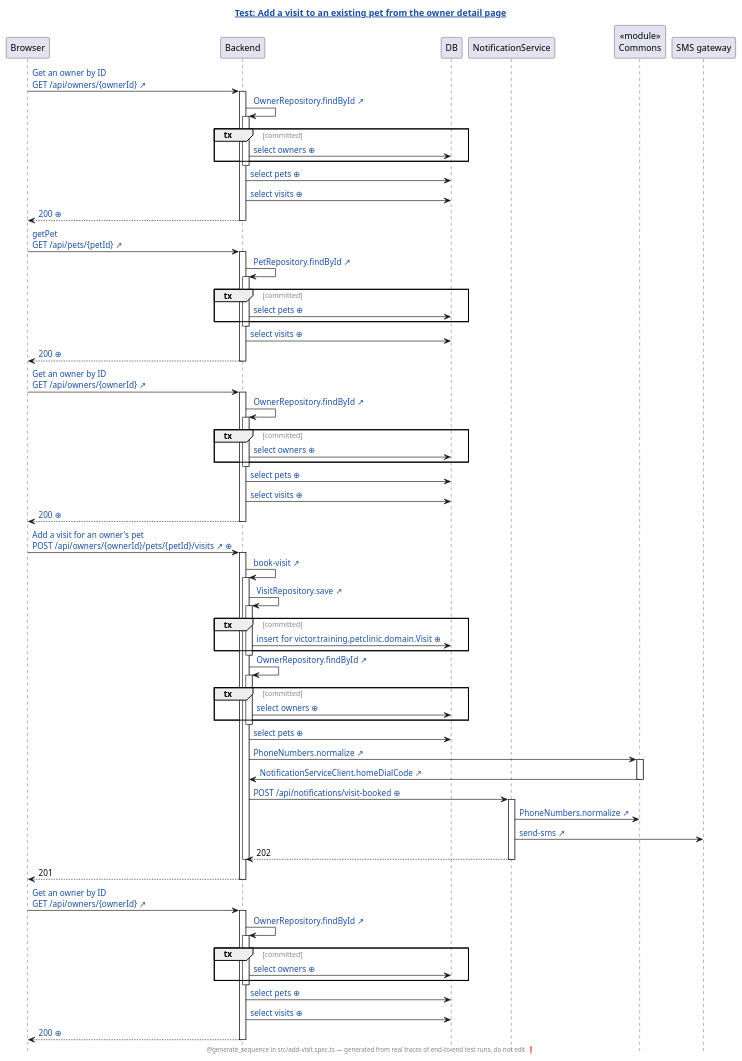
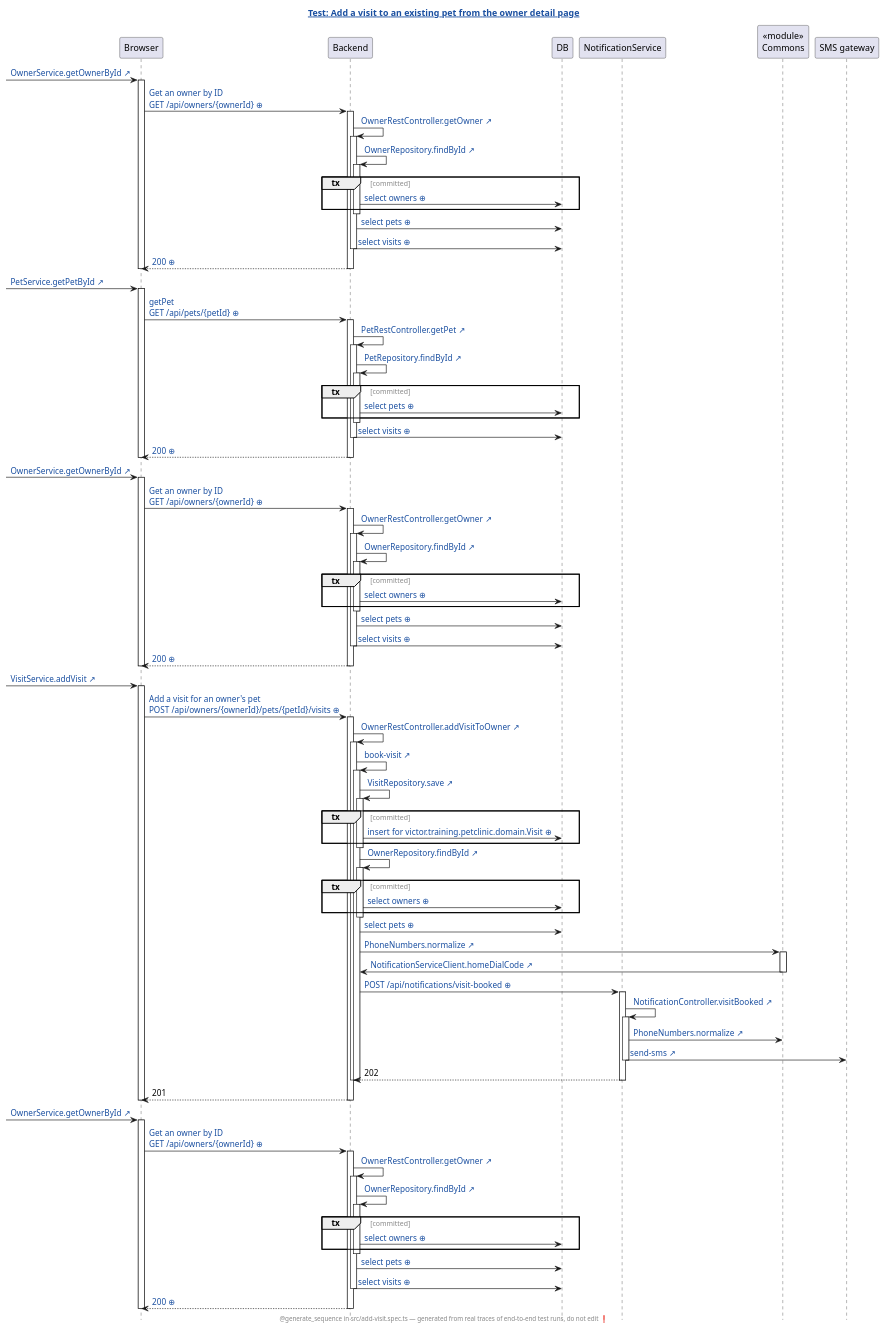
Before and after one commit to victorrentea/petclinic: the diagram in petclinic-test/generated/add-visit.spec.ts.add-a-visit-to-an-existing-pet-from-the-owner-detail-page.genseq.puml, drawn with PlantUML. The commit also changed 3 other files, not shown here.

First line of the commit message:
Regenerate the browser sequence diagrams: the Angular method a request starts in, the request as sent, its controller as a call

```diff
--- a/petclinic-test/generated/add-visit.spec.ts.add-a-visit-to-an-existing-pet-from-the-owner-detail-page.genseq.puml
+++ b/petclinic-test/generated/add-visit.spec.ts.add-a-visit-to-an-existing-pet-from-the-owner-detail-page.genseq.puml
@@ -1,93 +1,126 @@
 @startuml
 ' ⚠️  GENERATED FILE — DO NOT EDIT. Every edit is lost on the next run.
 hide footbox
 skinparam hyperlinkUnderline false
 skinparam hyperlinkColor #1A4FA0
 skinparam sequenceGroupFontColor #888888
 skinparam sequenceGroupFontStyle plain
 title [[src://petclinic-test/src/add-visit.spec.ts:34{Click to open the test} Test: Add a visit to an existing pet from the owner detail page]]
 footer @generate_sequence in src/add-visit.spec.ts — generated from real traces of end-to-end test runs, do not edit ❗
 participant Browser
 participant Backend
 participant DB
 participant NotificationService
 participant "«module»\nCommons" as Commons
 participant "SMS gateway"
-Browser -> Backend: [[src://petclinic-frontend/src/app/owners/owner-detail/owner-detail.component.ts:22{Click to open the line that sent this request: owner-detail.component.ts:22} Get an owner by ID\nGET /api/owners/{ownerId} ↗]]
+[-> Browser: [[src://petclinic-frontend/src/app/owners/owner-detail/owner-detail.component.ts:22{Click to open the line that sent this request: owner-detail.component.ts:22} OwnerService.getOwnerById ↗]]
+activate Browser
+Browser -> Backend: [[genseq://06lchgi{Click for the request as it was sent} Get an owner by ID\nGET /api/owners/{ownerId} ⊕]]
+activate Backend
+Backend -> Backend: [[src://petclinic-backend/src/main/java/victor/training/petclinic/rest/OwnerRestController.java:103{Click to open OwnerRestController.getOwner} OwnerRestController.getOwner ↗]]
 activate Backend
 Backend -> Backend: [[src://petclinic-backend/src/main/java/victor/training/petclinic/repository/OwnerRepository.java:14{Click to open OwnerRepository.findById} OwnerRepository.findById ↗]]
 activate Backend
 group tx [committed]
 Backend -> DB: [[genseq://0x8aana{Click for the statement behind this call} select owners ⊕]]
 end
 deactivate Backend
 Backend -> DB: [[genseq://18567ho{Click for the statement behind this call} select pets ⊕]]
 Backend -> DB: [[genseq://13apewa{Click for the statement behind this call} select visits ⊕]]
+deactivate Backend
 Backend --> Browser: [[genseq://0zavcxa{Click for this call’s JSON body} 200 ⊕]]
 deactivate Backend
-Browser -> Backend: [[src://petclinic-frontend/src/app/visits/visit-add/visit-add.component.ts:42{Click to open the line that sent this request: visit-add.component.ts:42} getPet\nGET /api/pets/{petId} ↗]]
+deactivate Browser
+[-> Browser: [[src://petclinic-frontend/src/app/visits/visit-add/visit-add.component.ts:42{Click to open the line that sent this request: visit-add.component.ts:42} PetService.getPetById ↗]]
+activate Browser
+Browser -> Backend: [[genseq://17x7zoe{Click for the request as it was sent} getPet\nGET /api/pets/{petId} ⊕]]
+activate Backend
+Backend -> Backend: [[src://petclinic-backend/src/main/java/victor/training/petclinic/rest/PetRestController.java:33{Click to open PetRestController.getPet} PetRestController.getPet ↗]]
 activate Backend
 Backend -> Backend: [[src://petclinic-backend/src/main/java/victor/training/petclinic/repository/PetRepository.java:16{Click to open PetRepository.findById} PetRepository.findById ↗]]
 activate Backend
 group tx [committed]
 Backend -> DB: [[genseq://0y7w2ps{Click for the statement behind this call} select pets ⊕]]
 end
 deactivate Backend
 Backend -> DB: [[genseq://13apewa{Click for the statement behind this call} select visits ⊕]]
+deactivate Backend
 Backend --> Browser: [[genseq://01mmlgx{Click for this call’s JSON body} 200 ⊕]]
 deactivate Backend
-Browser -> Backend: [[src://petclinic-frontend/src/app/visits/visit-add/visit-add.component.ts:47{Click to open the line that sent this request: visit-add.component.ts:47} Get an owner by ID\nGET /api/owners/{ownerId} ↗]]
+deactivate Browser
+[-> Browser: [[src://petclinic-frontend/src/app/visits/visit-add/visit-add.component.ts:47{Click to open the line that sent this request: visit-add.component.ts:47} OwnerService.getOwnerById ↗]]
+activate Browser
+Browser -> Backend: [[genseq://06lchgi{Click for the request as it was sent} Get an owner by ID\nGET /api/owners/{ownerId} ⊕]]
+activate Backend
+Backend -> Backend: [[src://petclinic-backend/src/main/java/victor/training/petclinic/rest/OwnerRestController.java:103{Click to open OwnerRestController.getOwner} OwnerRestController.getOwner ↗]]
 activate Backend
 Backend -> Backend: [[src://petclinic-backend/src/main/java/victor/training/petclinic/repository/OwnerRepository.java:14{Click to open OwnerRepository.findById} OwnerRepository.findById ↗]]
 activate Backend
 group tx [committed]
 Backend -> DB: [[genseq://0x8aana{Click for the statement behind this call} select owners ⊕]]
 end
 deactivate Backend
 Backend -> DB: [[genseq://18567ho{Click for the statement behind this call} select pets ⊕]]
 Backend -> DB: [[genseq://13apewa{Click for the statement behind this call} select visits ⊕]]
+deactivate Backend
 Backend --> Browser: [[genseq://0zavcxa{Click for this call’s JSON body} 200 ⊕]]
 deactivate Backend
-Browser -> Backend: [[src://petclinic-frontend/src/app/visits/visit-add/visit-add.component.ts:63{Click to open the line that sent this request: visit-add.component.ts:63 ← visit-add.component.html:25} Add a visit for an owner's pet\nPOST /api/owners/{ownerId}/pets/{petId}/visits ↗]] [[genseq://1orybrh{Click for this call’s JSON body} ⊕]]
+deactivate Browser
+[-> Browser: [[src://petclinic-frontend/src/app/visits/visit-add/visit-add.component.ts:63{Click to open the line that sent this request: visit-add.component.ts:63 ← visit-add.component.html:25} VisitService.addVisit ↗]]
+activate Browser
+Browser -> Backend: [[genseq://0prgu3t{Click for the request as it was sent} Add a visit for an owner's pet\nPOST /api/owners/{ownerId}/pets/{petId}/visits ⊕]]
+activate Backend
+Backend -> Backend: [[src://petclinic-backend/src/main/java/victor/training/petclinic/rest/OwnerRestController.java:167{Click to open OwnerRestController.addVisitToOwner} OwnerRestController.addVisitToOwner ↗]]
 activate Backend
 Backend -> Backend: [[src://petclinic-backend/src/main/java/victor/training/petclinic/rest/OwnerRestController.java:183{Click to open OwnerRestController.bookVisit} book-visit ↗]]
 activate Backend
 Backend -> Backend: [[src://petclinic-backend/src/main/java/victor/training/petclinic/repository/VisitRepository.java:16{Click to open VisitRepository.save} VisitRepository.save ↗]]
 activate Backend
 group tx [committed]
-Backend -> DB: [[genseq://0w3niqe{Click for the statement behind this call} insert for victor.training.petclinic.domain.Visit ⊕]]
+Backend -> DB: [[genseq://0jsen8c{Click for the statement behind this call} insert for victor.training.petclinic.domain.Visit ⊕]]
 end
 deactivate Backend
 Backend -> Backend: [[src://petclinic-backend/src/main/java/victor/training/petclinic/repository/OwnerRepository.java:14{Click to open OwnerRepository.findById} OwnerRepository.findById ↗]]
 activate Backend
 group tx [committed]
 Backend -> DB: [[genseq://0x8aana{Click for the statement behind this call} select owners ⊕]]
 end
 deactivate Backend
 Backend -> DB: [[genseq://18567ho{Click for the statement behind this call} select pets ⊕]]
 Backend -> Commons: [[src://petclinic-commons/src/main/java/victor/training/commons/PhoneNumbers.java:14{Click to open PhoneNumbers.normalize} PhoneNumbers.normalize ↗]]
 activate Commons
 Commons -> Backend: [[src://petclinic-backend/src/main/java/victor/training/petclinic/notification/NotificationServiceClient.java:45{Click to open NotificationServiceClient.homeDialCode} NotificationServiceClient.homeDialCode ↗]]
 deactivate Commons
-Backend -> NotificationService: [[genseq://1p4ogm5{Click for this call’s JSON body} POST /api/notifications/visit-booked ⊕]]
+Backend -> NotificationService: [[genseq://00gfug0{Click for the request as it was sent} POST /api/notifications/visit-booked ⊕]]
+activate NotificationService
+NotificationService -> NotificationService: [[src://notification-service/src/main/java/victor/training/notification/NotificationController.java:22{Click to open NotificationController.visitBooked} NotificationController.visitBooked ↗]]
 activate NotificationService
 NotificationService -> Commons: [[src://petclinic-commons/src/main/java/victor/training/commons/PhoneNumbers.java:8{Click to open PhoneNumbers.normalize} PhoneNumbers.normalize ↗]]
 NotificationService -> "SMS gateway": [[src://notification-service/src/main/java/victor/training/notification/SmsGateway.java:23{Click to open SmsGateway.send} send-sms ↗]]
+deactivate NotificationService
 NotificationService --> Backend: 202
 deactivate NotificationService
 deactivate Backend
+deactivate Backend
 Backend --> Browser: 201
 deactivate Backend
-Browser -> Backend: [[src://petclinic-frontend/src/app/owners/owner-detail/owner-detail.component.ts:22{Click to open the line that sent this request: owner-detail.component.ts:22} Get an owner by ID\nGET /api/owners/{ownerId} ↗]]
+deactivate Browser
+[-> Browser: [[src://petclinic-frontend/src/app/owners/owner-detail/owner-detail.component.ts:22{Click to open the line that sent this request: owner-detail.component.ts:22} OwnerService.getOwnerById ↗]]
+activate Browser
+Browser -> Backend: [[genseq://06lchgi{Click for the request as it was sent} Get an owner by ID\nGET /api/owners/{ownerId} ⊕]]
+activate Backend
+Backend -> Backend: [[src://petclinic-backend/src/main/java/victor/training/petclinic/rest/OwnerRestController.java:103{Click to open OwnerRestController.getOwner} OwnerRestController.getOwner ↗]]
 activate Backend
 Backend -> Backend: [[src://petclinic-backend/src/main/java/victor/training/petclinic/repository/OwnerRepository.java:14{Click to open OwnerRepository.findById} OwnerRepository.findById ↗]]
 activate Backend
 group tx [committed]
 Backend -> DB: [[genseq://0x8aana{Click for the statement behind this call} select owners ⊕]]
 end
 deactivate Backend
 Backend -> DB: [[genseq://18567ho{Click for the statement behind this call} select pets ⊕]]
 Backend -> DB: [[genseq://13apewa{Click for the statement behind this call} select visits ⊕]]
-Backend --> Browser: [[genseq://1bmzgm5{Click for this call’s JSON body} 200 ⊕]]
 deactivate Backend
+Backend --> Browser: [[genseq://1h1k23v{Click for this call’s JSON body} 200 ⊕]]
+deactivate Backend
+deactivate Browser
 @enduml
```
